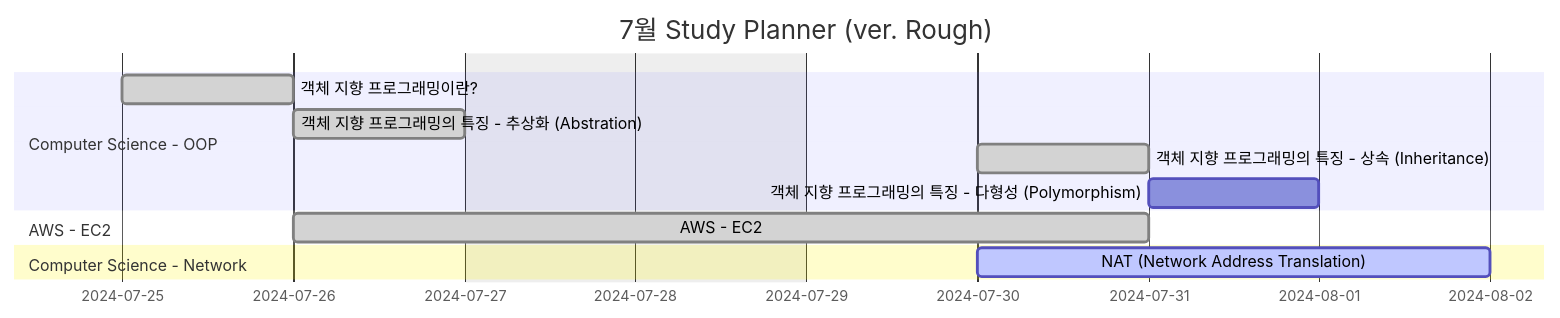
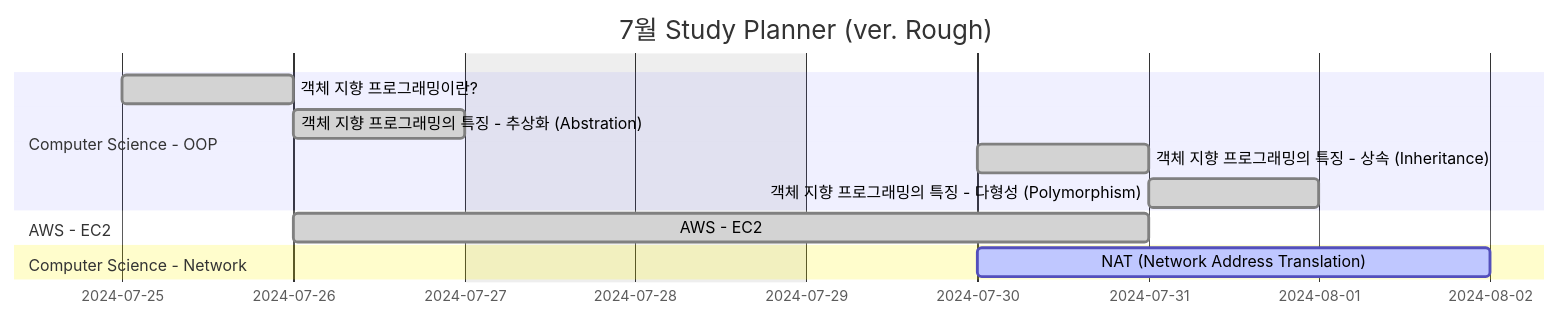
The first of 2 diagrams in _posts/other/2024-07-24-plan.md (HyungJinHan/HyungJinHan.github.io), drawn with Mermaid before and after one commit. The commit also changed other lines of this file and 25 other files, not shown here.

````diff
--- a/_posts/other/2024-07-24-plan.md
+++ b/_posts/other/2024-07-24-plan.md
@@ -20,17 +20,17 @@
 ```mermaid
 gantt
 title  7월 Study Planner (ver. Rough)
 excludes weekends
 
 section Computer Science - OOP
   객체 지향 프로그래밍이란? :done, 2024-07-25, 1d
   객체 지향 프로그래밍의 특징 - 추상화 (Abstration) :done, 2024-07-26, 1d
   객체 지향 프로그래밍의 특징 - 상속 (Inheritance) :done, 2024-07-30, 1d
-  객체 지향 프로그래밍의 특징 - 다형성 (Polymorphism) :d, 2024-07-31, 1d
+  객체 지향 프로그래밍의 특징 - 다형성 (Polymorphism) :done, 2024-07-31, 1d
 
 section AWS - EC2
   AWS - EC2 :done, 2024-07-26, 3d
 
 section Computer Science - Network
   NAT (Network Address Translation) :active, 2024-07-30, 3d
 ```
````
